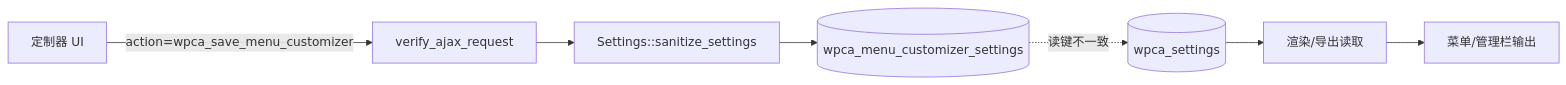
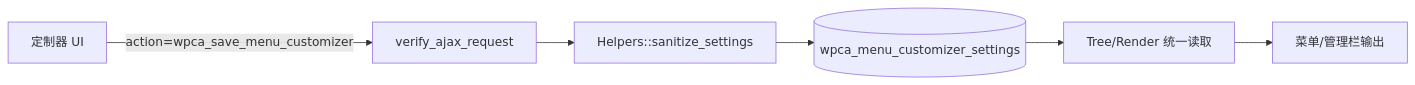
The second of 6 diagrams in docs/功能模块说明.md (Tanox/WP-Clean-Admin), drawn with Mermaid before and after one commit. The commit also changed other lines of this file and 45 other files, not shown here.

````diff
--- a/docs/功能模块说明.md
+++ b/docs/功能模块说明.md
@@ -75,9 +75,8 @@
 ```mermaid
 flowchart LR
     UI[定制器 UI] -->|action=wpca_save_menu_customizer| A[verify_ajax_request]
-    A --> S[Settings::sanitize_settings]
+    A --> S[Helpers::sanitize_settings]
     S --> O1[(wpca_menu_customizer_settings)]
-    O1 -.读键不一致.-> O2[(wpca_settings)]
-    O2 --> R[渲染/导出读取]
+    O1 --> R[Tree/Render 统一读取]
     R --> M[菜单/管理栏输出]
 ```
````
